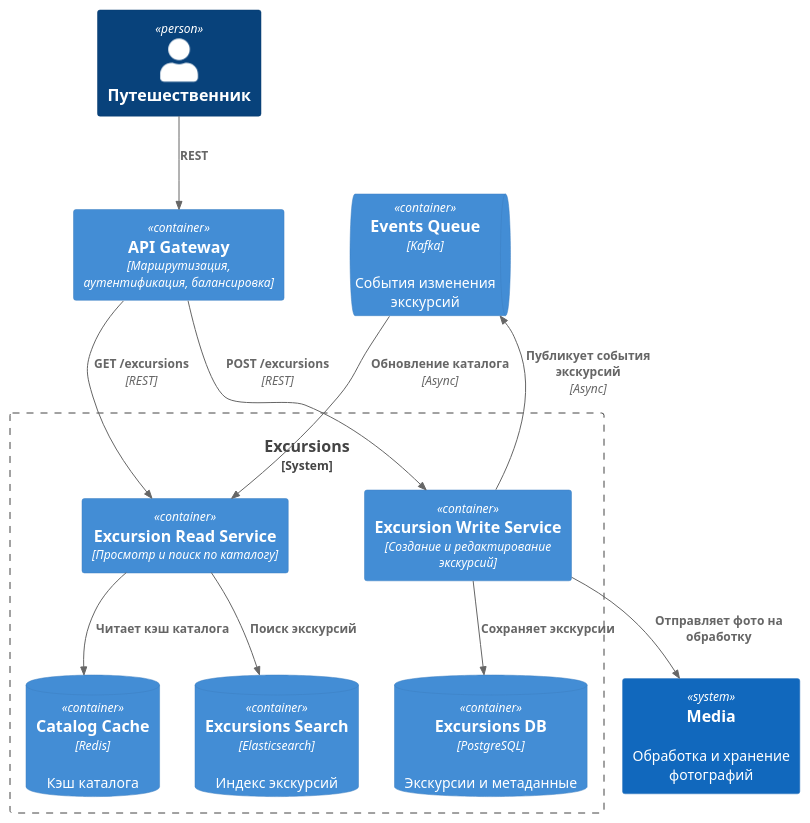
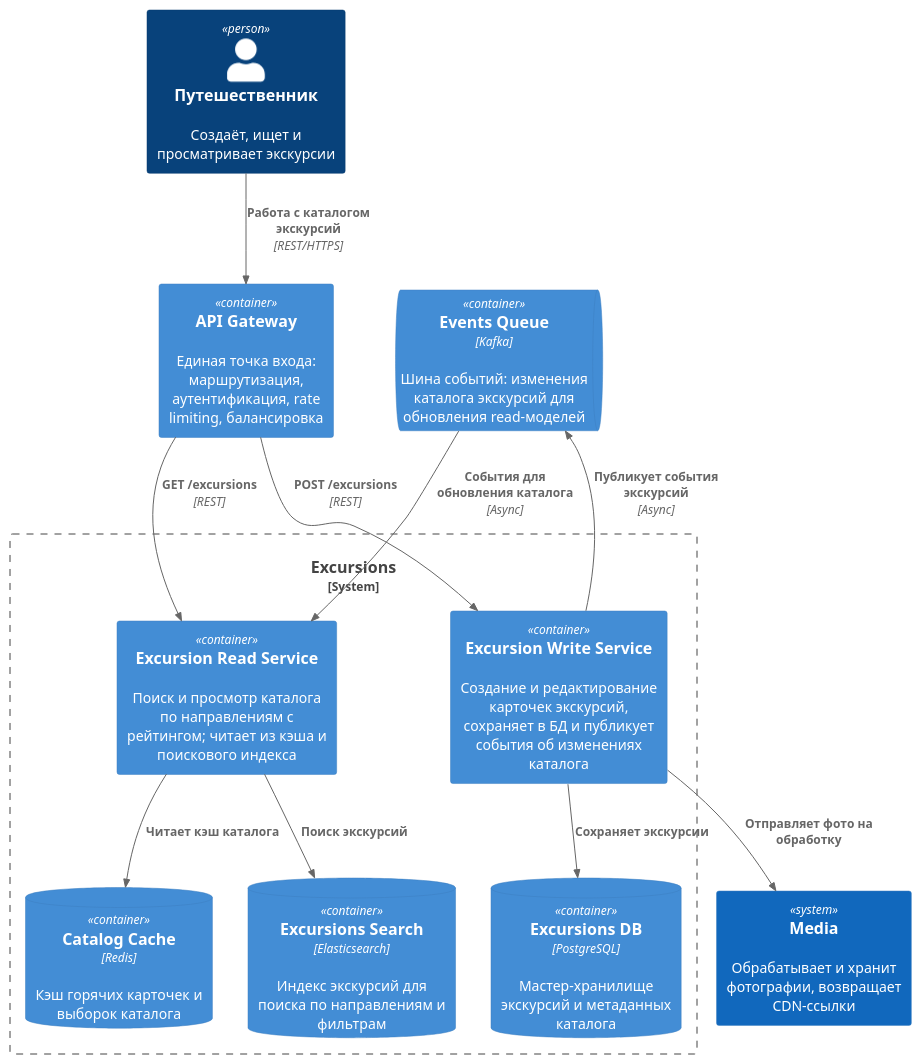
One commit to AleksandrTherzyan/social_network_system_design changed the diagram in architecture/excursions_system/container.puml. Above: the diagram before and after it, drawn with PlantUML. The commit also changed 10 other files, not shown here.

```diff
--- a/architecture/excursions_system/container.puml
+++ b/architecture/excursions_system/container.puml
@@ -1,28 +1,28 @@
-@startuml
+@startuml excursions_system
 !include <C4/C4_Container>
 
-Person(traveler, "Путешественник")
-Container(apiGateway, "API Gateway", "Маршрутизация, аутентификация, балансировка")
-ContainerQueue(kafka, "Events Queue", "Kafka", "События изменения экскурсий")
-System(mediaSystem, "Media", "Обработка и хранение фотографий")
+Person(traveler, "Путешественник", "Создаёт, ищет и просматривает экскурсии")
+Container(apiGateway, "API Gateway", "", "Единая точка входа: маршрутизация, аутентификация, rate limiting, балансировка")
+ContainerQueue(kafka, "Events Queue", "Kafka", "Шина событий: изменения каталога экскурсий для обновления read-моделей")
+System(mediaSystem, "Media", "Обрабатывает и хранит фотографии, возвращает CDN-ссылки")
 
 System_Boundary(excursionsSystem, "Excursions") {
-    Container(excursionWrite, "Excursion Write Service", "Создание и редактирование экскурсий")
-    Container(excursionRead, "Excursion Read Service", "Просмотр и поиск по каталогу")
-    ContainerDb(excursionsDb, "Excursions DB", "PostgreSQL", "Экскурсии и метаданные")
-    ContainerDb(catalogCache, "Catalog Cache", "Redis", "Кэш каталога")
-    ContainerDb(excursionsSearch, "Excursions Search", "Elasticsearch", "Индекс экскурсий")
+    Container(excursionWrite, "Excursion Write Service", "", "Создание и редактирование карточек экскурсий, сохраняет в БД и публикует события об изменениях каталога")
+    Container(excursionRead, "Excursion Read Service", "", "Поиск и просмотр каталога по направлениям с рейтингом; читает из кэша и поискового индекса")
+    ContainerDb(excursionsDb, "Excursions DB", "PostgreSQL", "Мастер-хранилище экскурсий и метаданных каталога")
+    ContainerDb(catalogCache, "Catalog Cache", "Redis", "Кэш горячих карточек и выборок каталога")
+    ContainerDb(excursionsSearch, "Excursions Search", "Elasticsearch", "Индекс экскурсий для поиска по направлениям и фильтрам")
 }
 
-Rel(traveler, apiGateway, "REST")
+Rel(traveler, apiGateway, "Работа с каталогом экскурсий", "REST/HTTPS")
 Rel(apiGateway, excursionWrite, "POST /excursions", "REST")
 Rel(apiGateway, excursionRead, "GET /excursions", "REST")
 
 Rel(excursionWrite, excursionsDb, "Сохраняет экскурсии")
 Rel(excursionWrite, mediaSystem, "Отправляет фото на обработку")
 Rel(excursionWrite, kafka, "Публикует события экскурсий", "Async")
 
 Rel(excursionRead, catalogCache, "Читает кэш каталога")
 Rel(excursionRead, excursionsSearch, "Поиск экскурсий")
-Rel(kafka, excursionRead, "Обновление каталога", "Async")
+Rel(kafka, excursionRead, "События для обновления каталога", "Async")
 @enduml
```
